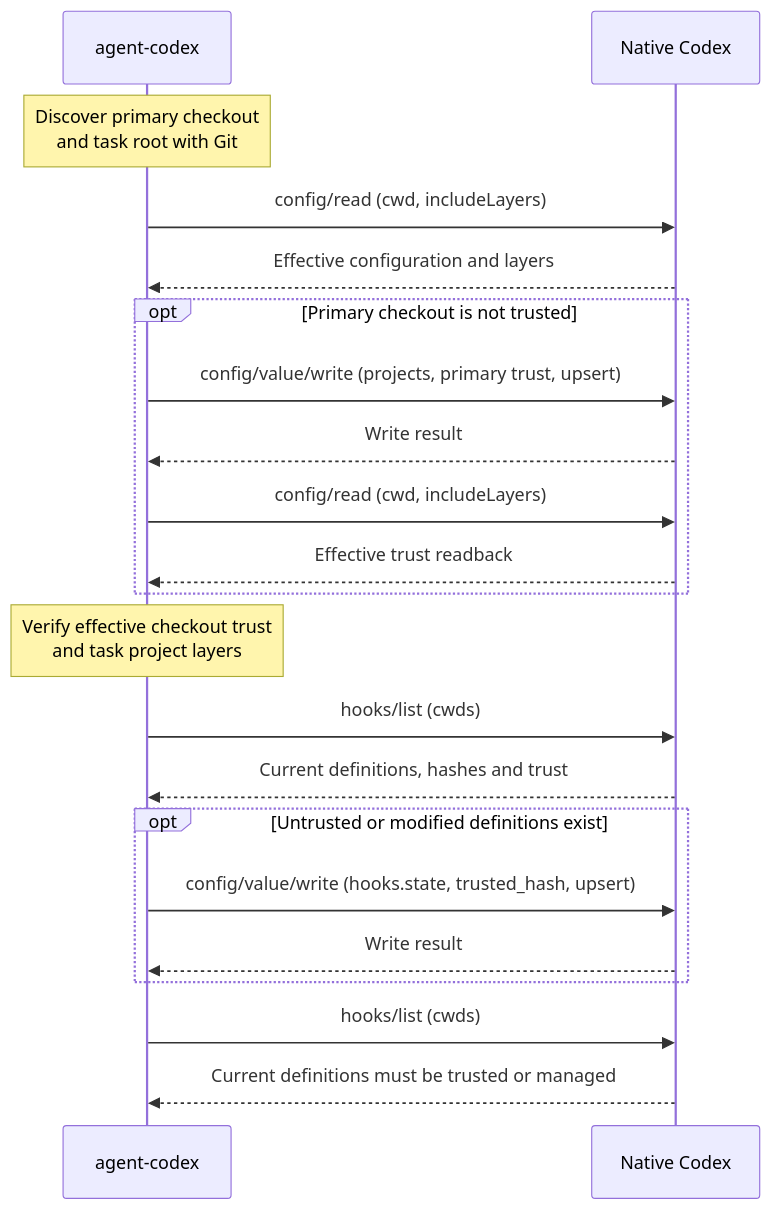
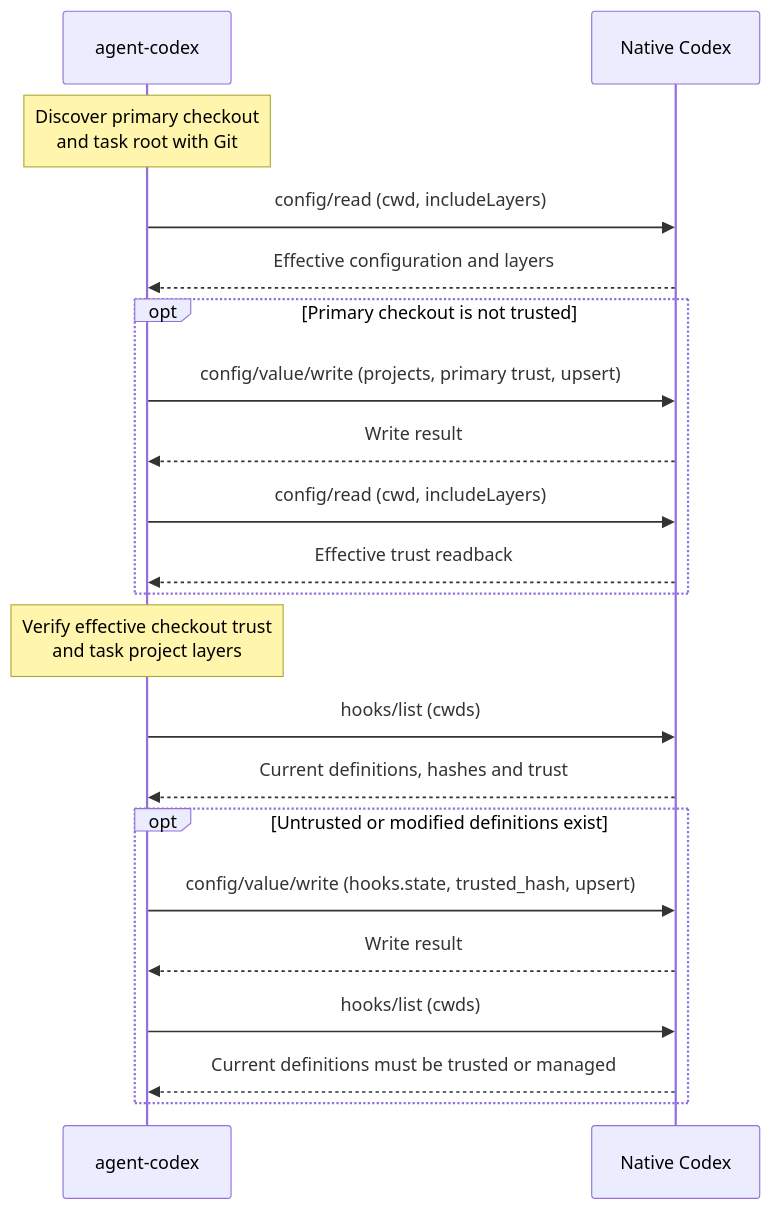
One commit to BuddyLabsCo/issue-runner-agent-codex changed the second of 5 diagrams in docs/codex-protocol.md. Above: the diagram before and after it, drawn with Mermaid. The commit also changed other lines of this file and 30 other files, not shown here.

````diff
--- a/docs/codex-protocol.md
+++ b/docs/codex-protocol.md
@@ -59,23 +61,23 @@
 ```mermaid
 sequenceDiagram
     participant E as agent-codex
     participant N as Native Codex
     Note over E: Discover primary checkout<br/>and task root with Git
     E->>N: config/read (cwd, includeLayers)
     N-->>E: Effective configuration and layers
     opt Primary checkout is not trusted
         E->>N: config/value/write (projects, primary trust, upsert)
         N-->>E: Write result
         E->>N: config/read (cwd, includeLayers)
         N-->>E: Effective trust readback
     end
     Note over E: Verify effective checkout trust<br/>and task project layers
     E->>N: hooks/list (cwds)
     N-->>E: Current definitions, hashes and trust
     opt Untrusted or modified definitions exist
         E->>N: config/value/write (hooks.state, trusted_hash, upsert)
         N-->>E: Write result
+        E->>N: hooks/list (cwds)
+        N-->>E: Current definitions must be trusted or managed
     end
-    E->>N: hooks/list (cwds)
-    N-->>E: Current definitions must be trusted or managed
 ```
````
